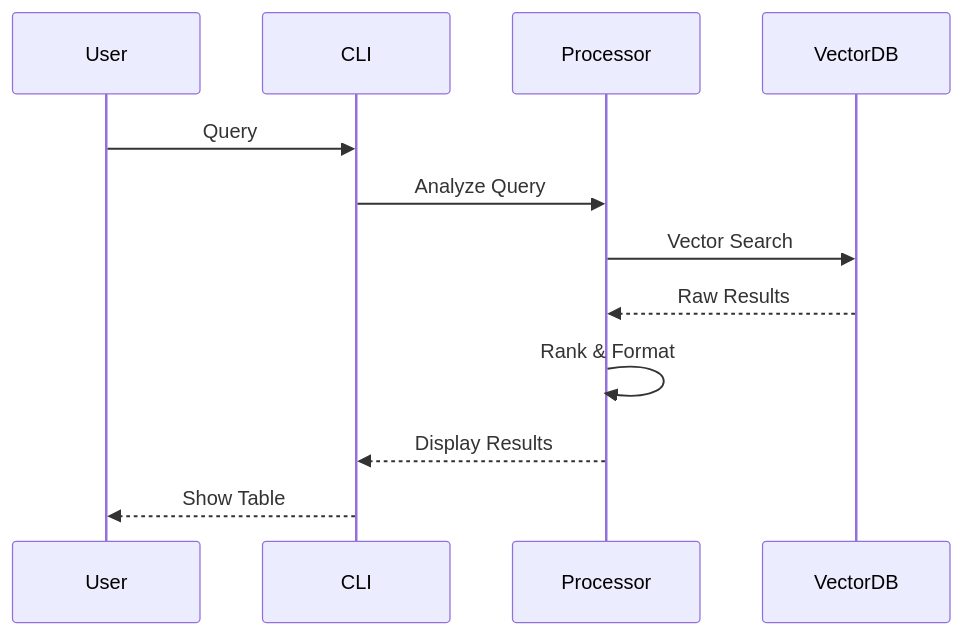
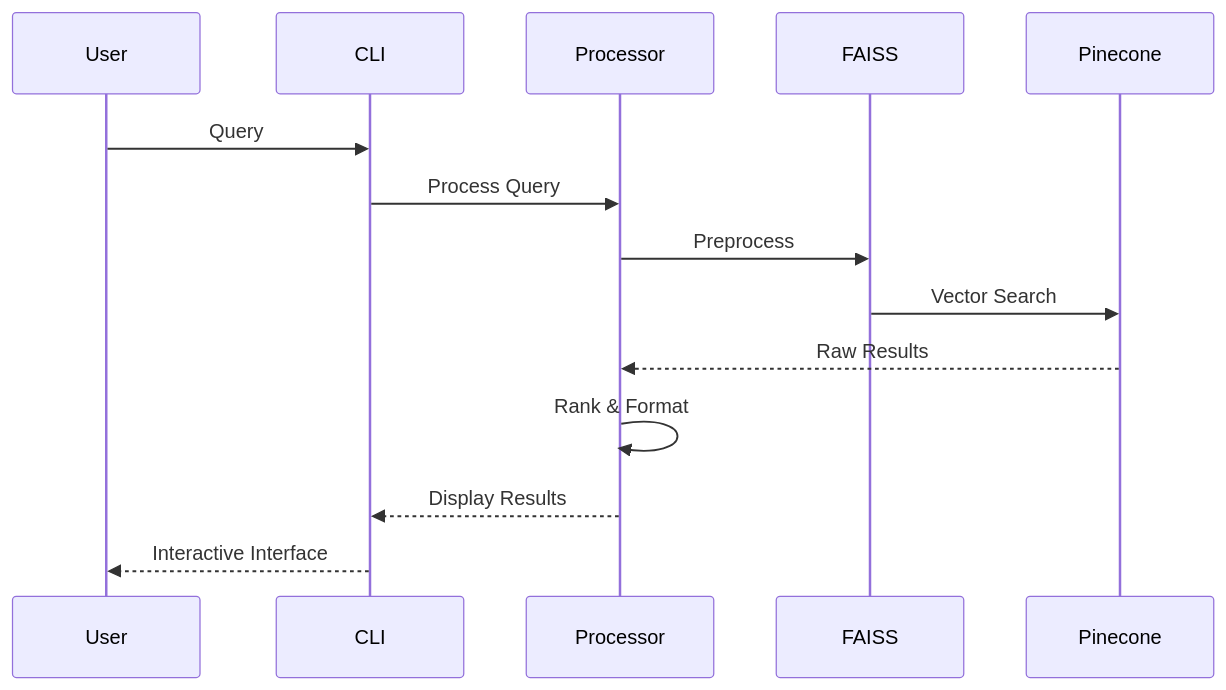
One commit to felipepimentel/plexure-api-search changed the fourth of 4 diagrams in README.md. Above: the diagram before and after it, drawn with Mermaid. The commit also changed other lines of this file, not shown here.

````diff
--- a/README.md
+++ b/README.md
@@ -138,15 +161,17 @@
 ```mermaid
 sequenceDiagram
     participant User
     participant CLI
     participant Processor
-    participant VectorDB
+    participant FAISS
+    participant Pinecone
     
     User->>CLI: Query
-    CLI->>Processor: Analyze Query
-    Processor->>VectorDB: Vector Search
-    VectorDB-->>Processor: Raw Results
+    CLI->>Processor: Process Query
+    Processor->>FAISS: Preprocess
+    FAISS->>Pinecone: Vector Search
+    Pinecone-->>Processor: Raw Results
     Processor->>Processor: Rank & Format
     Processor-->>CLI: Display Results
-    CLI-->>User: Show Table
+    CLI-->>User: Interactive Interface
 ```
````
